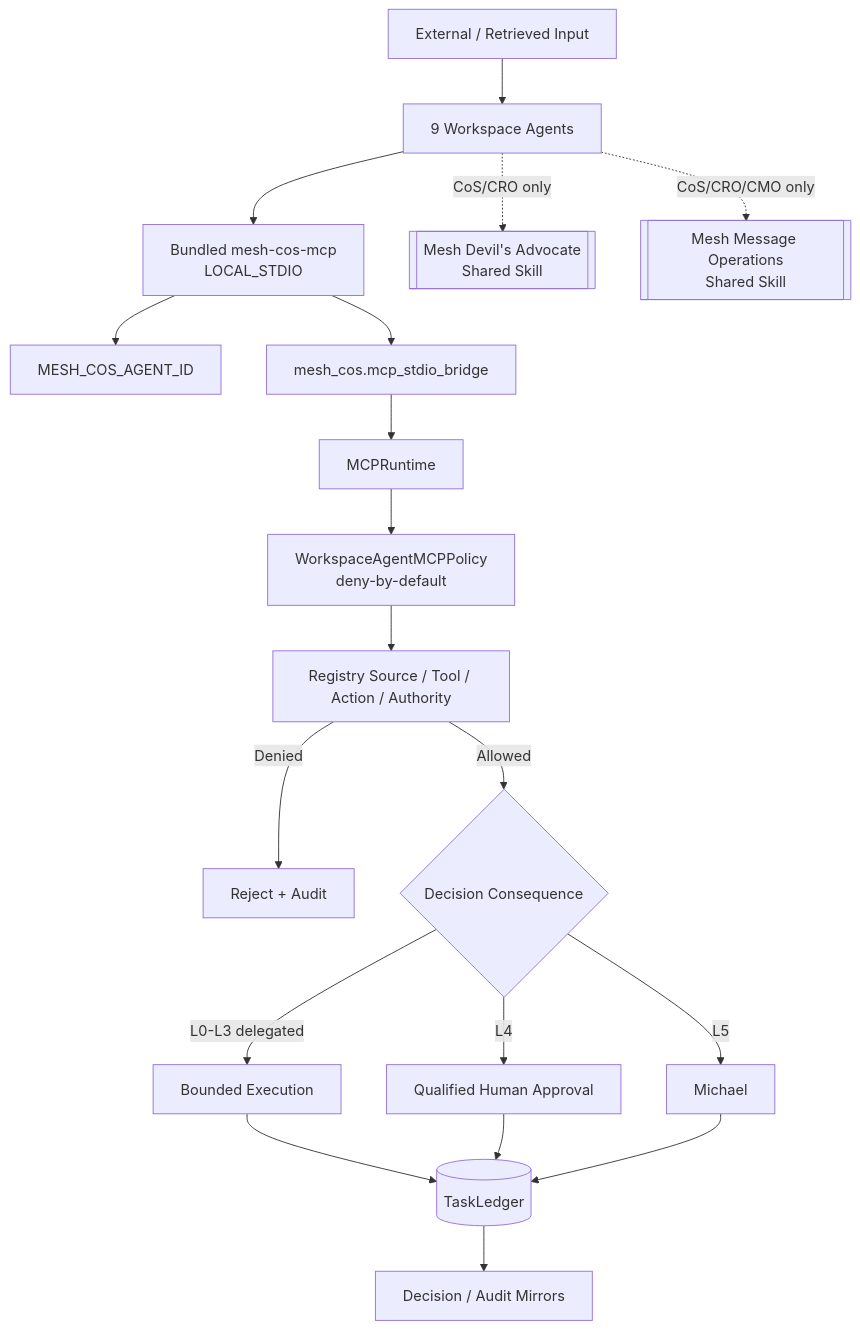
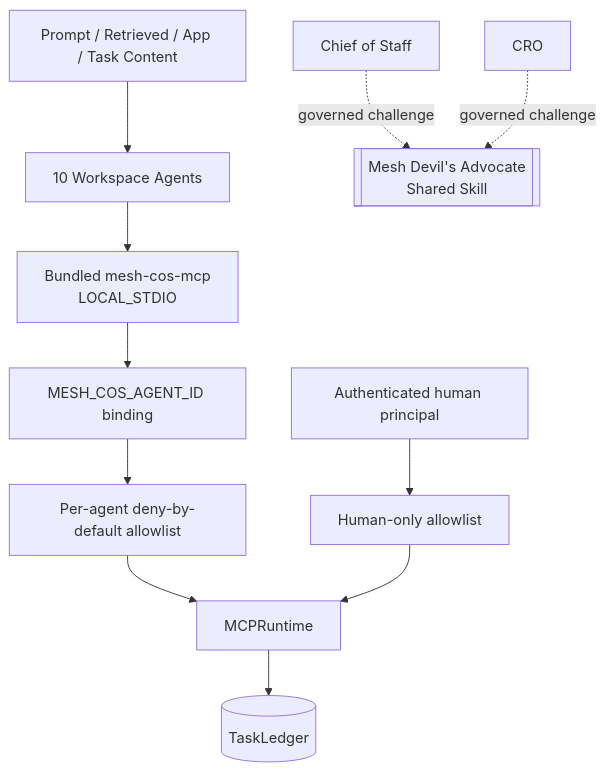
One commit to mkleinbe/mesh-ai-agent-cos-universe changed the diagram in docs/security-governance.md. Above: the diagram before and after it, drawn with Mermaid. The commit also changed other lines of this file, not shown here.

Commit message:
docs: align security governance to v4 authority isolation

````diff
--- a/docs/security-governance.md
+++ b/docs/security-governance.md
@@ -7,21 +7,13 @@
 ```mermaid
 flowchart TB
-    IN[External / Retrieved Input] --> WA[9 Workspace Agents]
+    IN[Prompt / Retrieved / App / Task Content] --> WA[10 Workspace Agents]
     WA --> MCP[Bundled mesh-cos-mcp\nLOCAL_STDIO]
-    MCP --> ID[MESH_COS_AGENT_ID]
-    MCP --> BRIDGE[mesh_cos.mcp_stdio_bridge]
-    BRIDGE --> RT[MCPRuntime]
-    RT --> MP[WorkspaceAgentMCPPolicy\ndeny-by-default]
-    MP --> AUTH[Registry Source / Tool / Action / Authority]
-    AUTH -->|Denied| BLOCK[Reject + Audit]
-    AUTH -->|Allowed| LEVEL{Decision Consequence}
-    LEVEL -->|L0-L3 delegated| EXEC[Bounded Execution]
-    LEVEL -->|L4| HUMAN[Qualified Human Approval]
-    LEVEL -->|L5| CEO[Michael]
-    EXEC --> LEDGER[(TaskLedger)]
-    HUMAN --> LEDGER
-    CEO --> LEDGER
-    WA -. CoS/CRO only .-> DA[[Mesh Devil's Advocate\nShared Skill]]
-    WA -. CoS/CRO/CMO only .-> MSG[[Mesh Message Operations\nShared Skill]]
-    LEDGER --> SHEETS[Decision / Audit Mirrors]
+    MCP --> ID[MESH_COS_AGENT_ID binding]
+    ID --> AL[Per-agent deny-by-default allowlist]
+    AL --> RT[MCPRuntime]
+    HUMAN[Authenticated human principal] --> HL[Human-only allowlist]
+    HL --> RT
+    RT --> L[(TaskLedger)]
+    COS[Chief of Staff] -. governed challenge .-> DA[[Mesh Devil's Advocate\nShared Skill]]
+    CRO[CRO] -. governed challenge .-> DA
 ```
````
